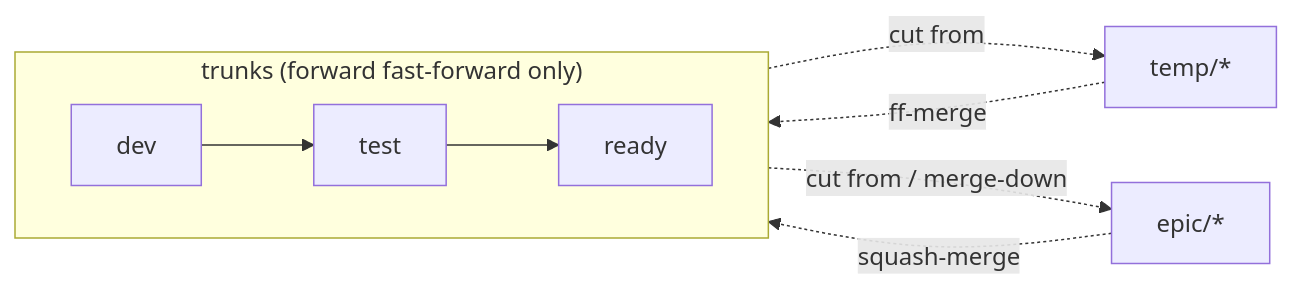
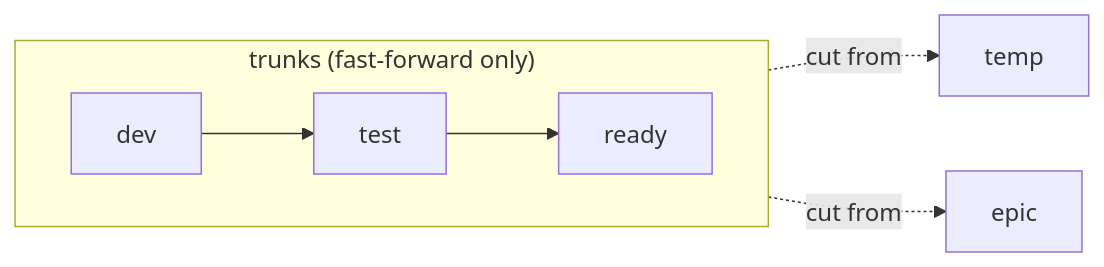
One commit to kieranpotts/skills changed the diagram in skills/branch/SKILL.md. Above: the diagram before and after it, drawn with Mermaid. The commit also changed other lines of this file and 1 other file, not shown here.

Commit message:
feature: branch skill - ready to ship

````diff
--- a/skills/branch/SKILL.md
+++ b/skills/branch/SKILL.md
@@ -18,13 +20,10 @@
 ```mermaid
 flowchart LR
-    subgraph trunks["trunks (forward fast-forward only)"]
-        direction LR
-        dev --> test --> ready
-    end
+  subgraph trunks["trunks (fast-forward only)"]
+    direction LR
+    dev --> test --> ready
+  end
 
-    temp["temp/*"] -.->|ff-merge| dev
-    dev -.->|cut from| temp
-
-    epic["epic/*"] -.->|squash-merge| dev
-    dev -.->|cut from / merge-down| epic
+  dev -.->|cut from| temp
+  dev -.->|cut from| epic
 ```
````
